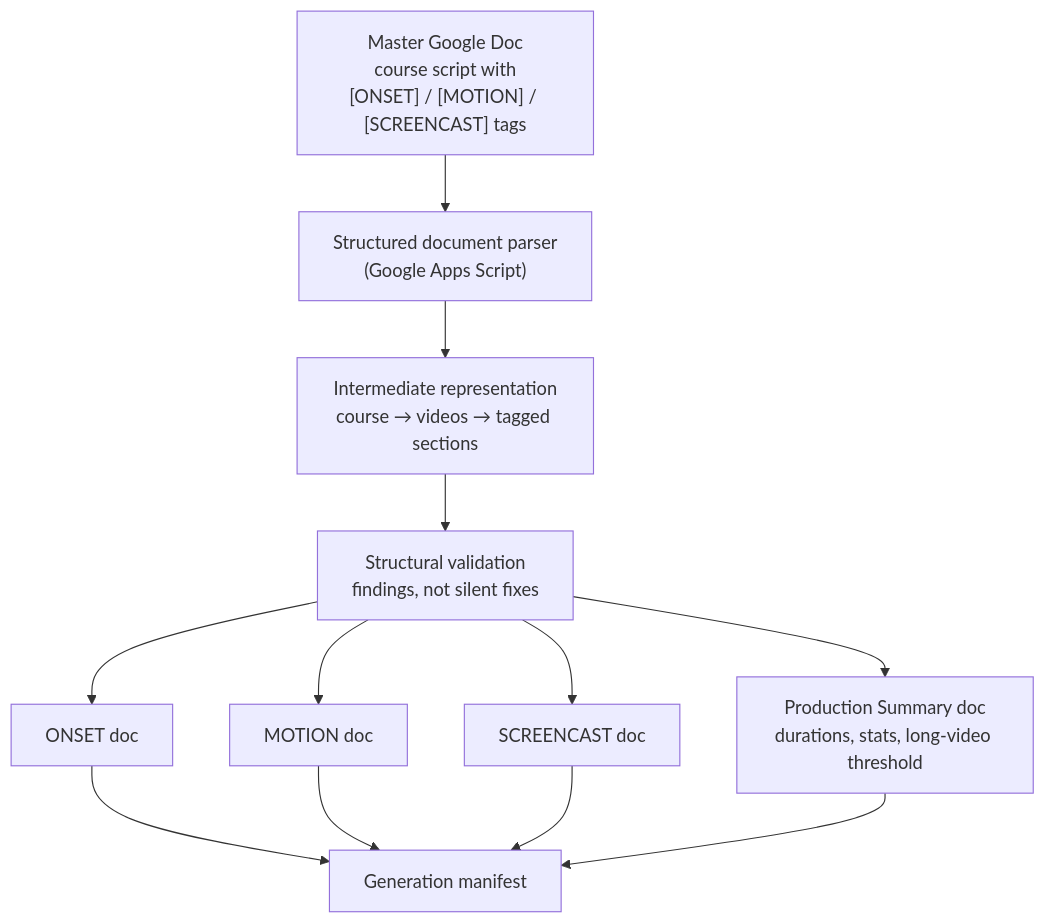
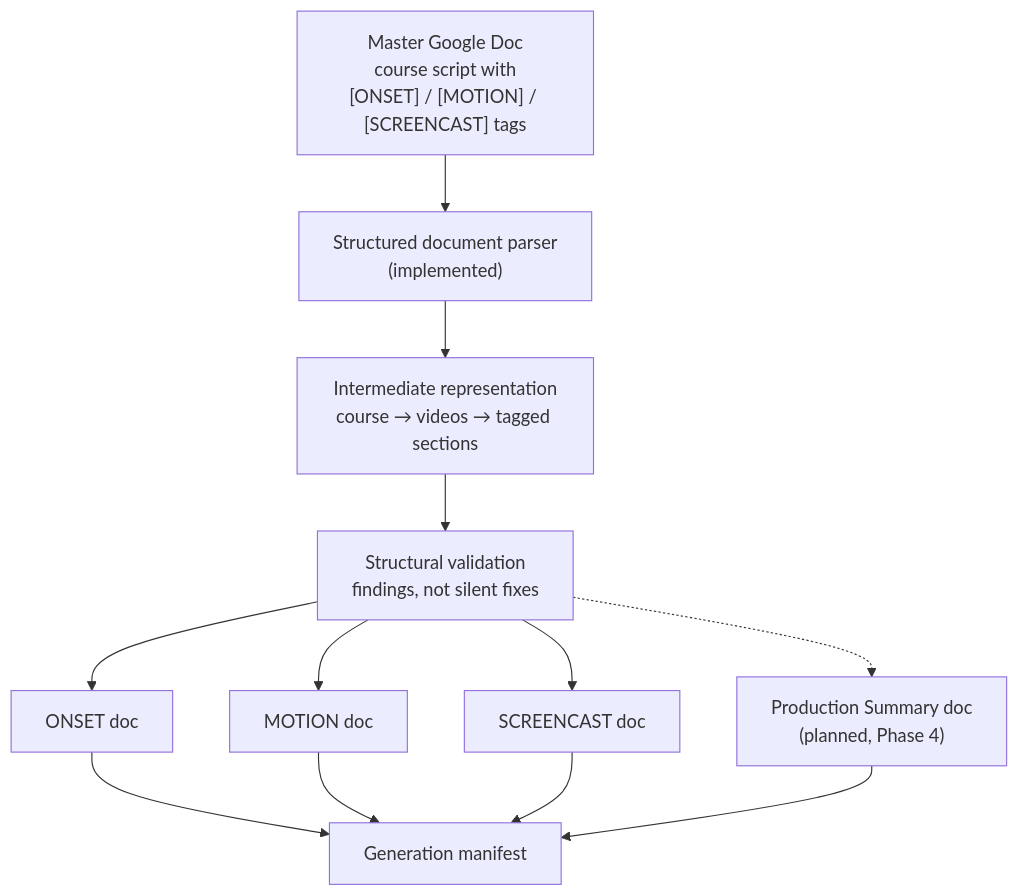
Before and after one commit to kenwalger/cellar-api: the fourth of 4 diagrams in docs/architecture.md, drawn with Mermaid. The commit also changed other lines of this file and 33 other files, not shown here.

````diff
--- a/docs/architecture.md
+++ b/docs/architecture.md
@@ -93,11 +132,11 @@
 ```mermaid
 flowchart TD
-    Master["Master Google Doc<br/>course script with<br/>[ONSET] / [MOTION] / [SCREENCAST] tags"] --> Parser["Structured document parser<br/>(Google Apps Script)"]
+    Master["Master Google Doc<br/>course script with<br/>[ONSET] / [MOTION] / [SCREENCAST] tags"] --> Parser["Structured document parser<br/>(implemented)"]
     Parser --> IR["Intermediate representation<br/>course → videos → tagged sections"]
     IR --> Validate["Structural validation<br/>findings, not silent fixes"]
     Validate --> Onset["ONSET doc"]
     Validate --> Motion["MOTION doc"]
     Validate --> Screencast["SCREENCAST doc"]
-    Validate --> Summary["Production Summary doc<br/>durations, stats, long-video threshold"]
+    Validate -.-> Summary["Production Summary doc<br/>(planned, Phase 4)"]
     Onset & Motion & Screencast & Summary --> Manifest["Generation manifest"]
 ```
````
